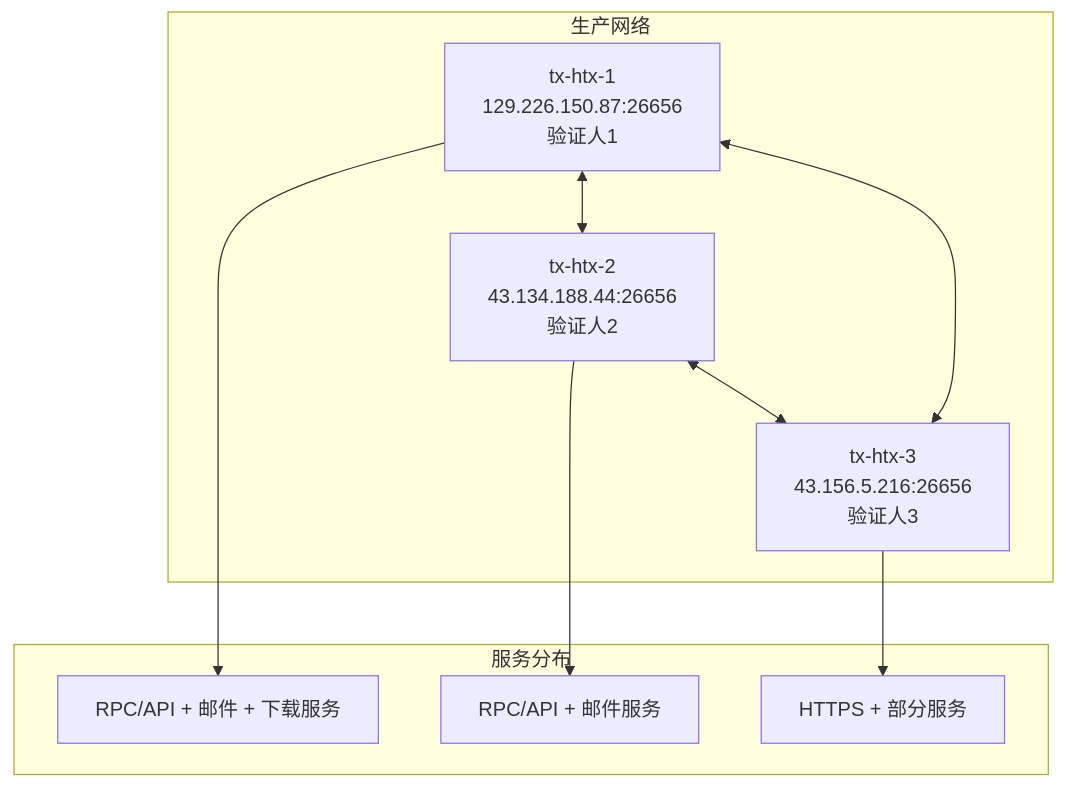
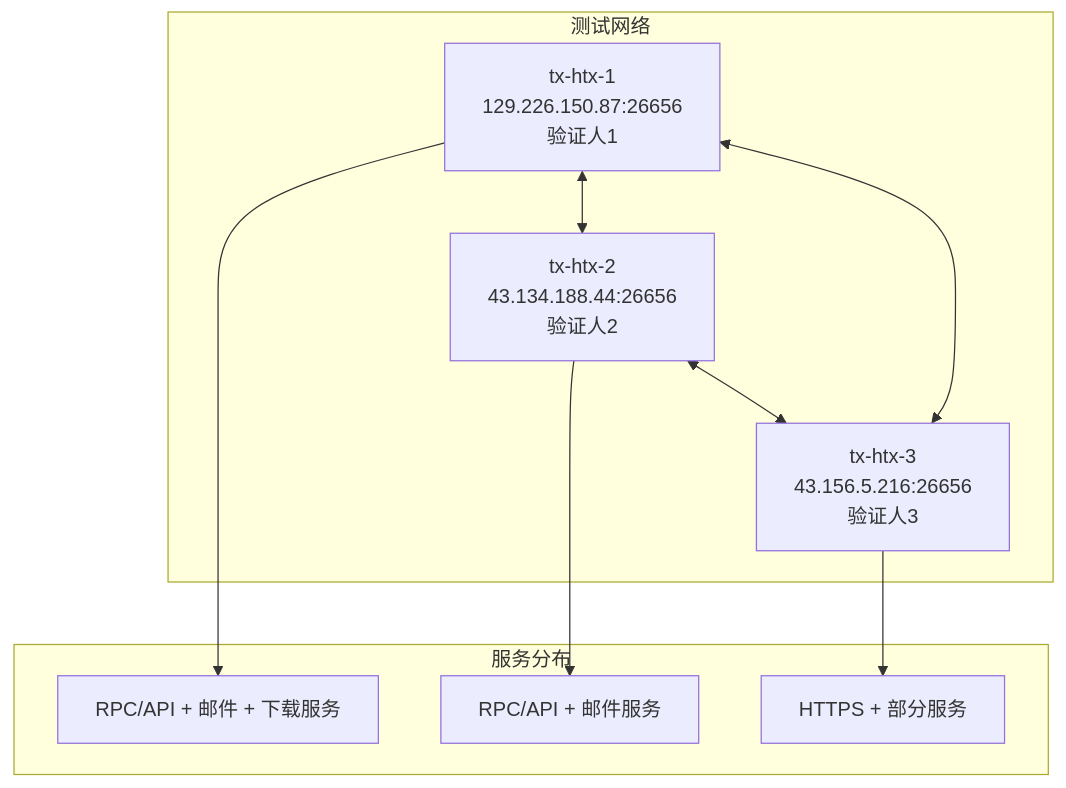
The diagram in DEPLOYMENT.md (mail-chat-chain/mailchatd), drawn with Mermaid before and after one commit. The commit also changed other lines of this file and 1 other file, not shown here.

````diff
--- a/DEPLOYMENT.md
+++ b/DEPLOYMENT.md
@@ -50,22 +50,22 @@
 ```mermaid
 graph TB
-    subgraph "生产网络"
+    subgraph "测试网络"
         TX1[tx-htx-1<br/>129.226.150.87:26656<br/>验证人1]
         TX2[tx-htx-2<br/>43.134.188.44:26656<br/>验证人2]
         TX3[tx-htx-3<br/>43.156.5.216:26656<br/>验证人3]
         
         TX1 <--> TX2
         TX2 <--> TX3
         TX3 <--> TX1
     end
     
     subgraph "服务分布"
         S1[RPC/API + 邮件 + 下载服务]
         S2[RPC/API + 邮件服务]
         S3[HTTPS + 部分服务]
     end
     
     TX1 --> S1
     TX2 --> S2
     TX3 --> S3
 ```
````
